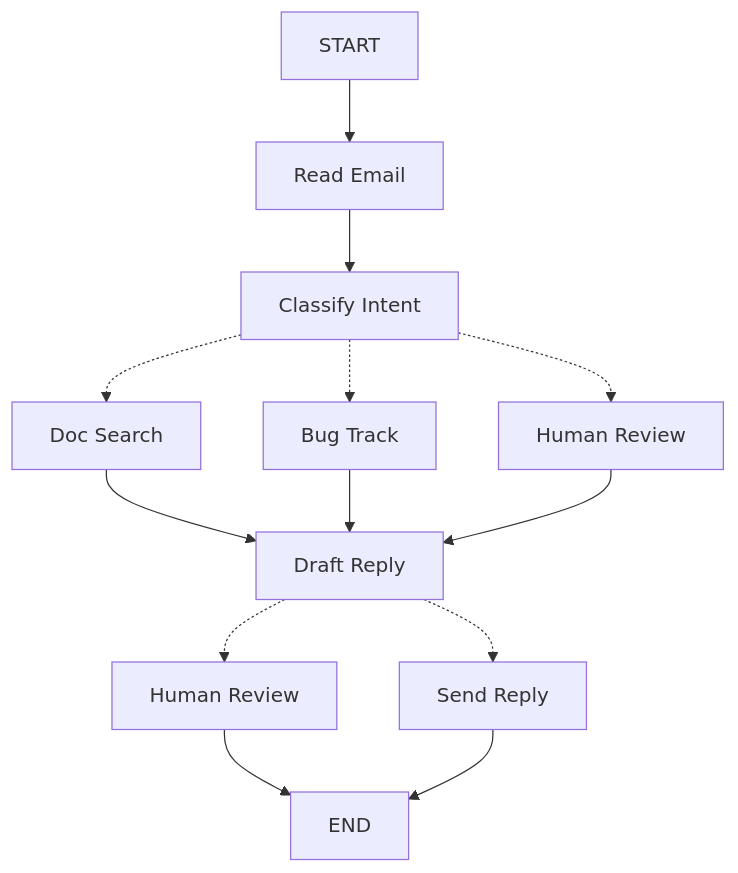
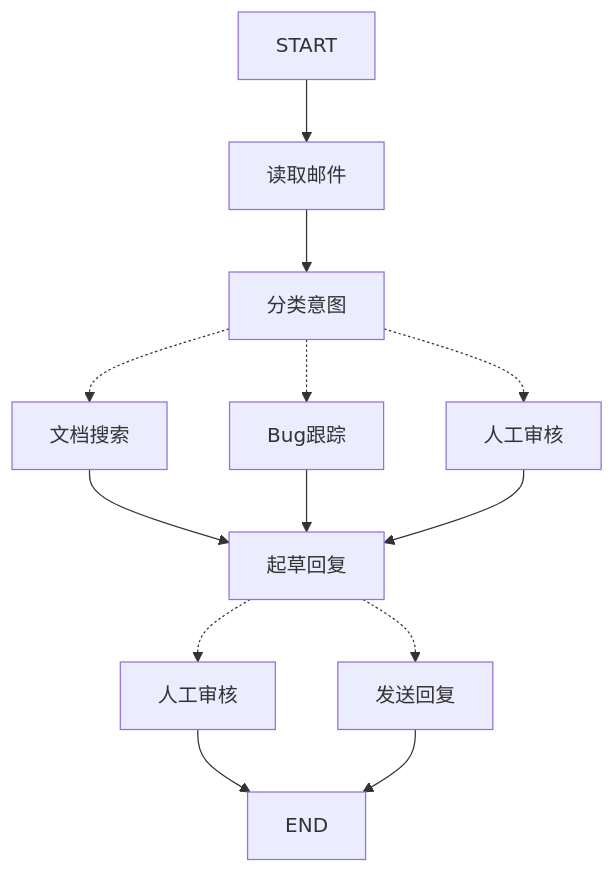
One commit to spring-ai-alibaba/website changed the diagram in src/content/docs/1.1.0.0/zh-cn/workflow/graph.md. Above: the diagram before and after it, drawn with Mermaid. The commit also changed other lines of this file and 5 other files, not shown here.

````diff
--- a/src/content/docs/1.1.0.0/zh-cn/workflow/graph.md
+++ b/src/content/docs/1.1.0.0/zh-cn/workflow/graph.md
@@ -38,19 +40,19 @@
-```mermaid  theme={null}
+```mermaid
 flowchart TD
-    A[START] --> B[Read Email]
-    B --> C[Classify Intent]
+    A[START] --> B[读取邮件]
+    B --> C[分类意图]
 
-    C -.-> D[Doc Search]
-    C -.-> E[Bug Track]
-    C -.-> F[Human Review]
+    C -.-> D[文档搜索]
+    C -.-> E[Bug跟踪]
+    C -.-> F[人工审核]
 
-    D --> G[Draft Reply]
+    D --> G[起草回复]
     E --> G
     F --> G
 
-    G -.-> H[Human Review]
-    G -.-> I[Send Reply]
+    G -.-> H[人工审核]
+    G -.-> I[发送回复]
 
     H --> J[END]
     I --> J[END]
 ```
````
